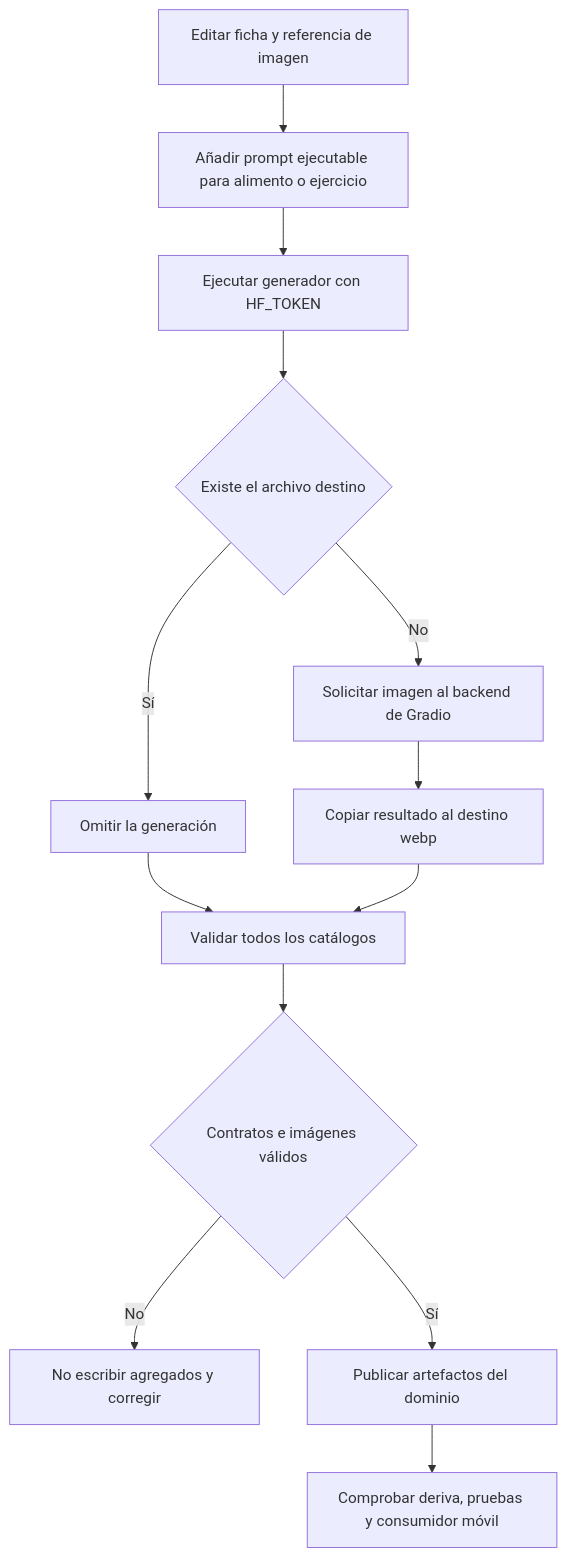
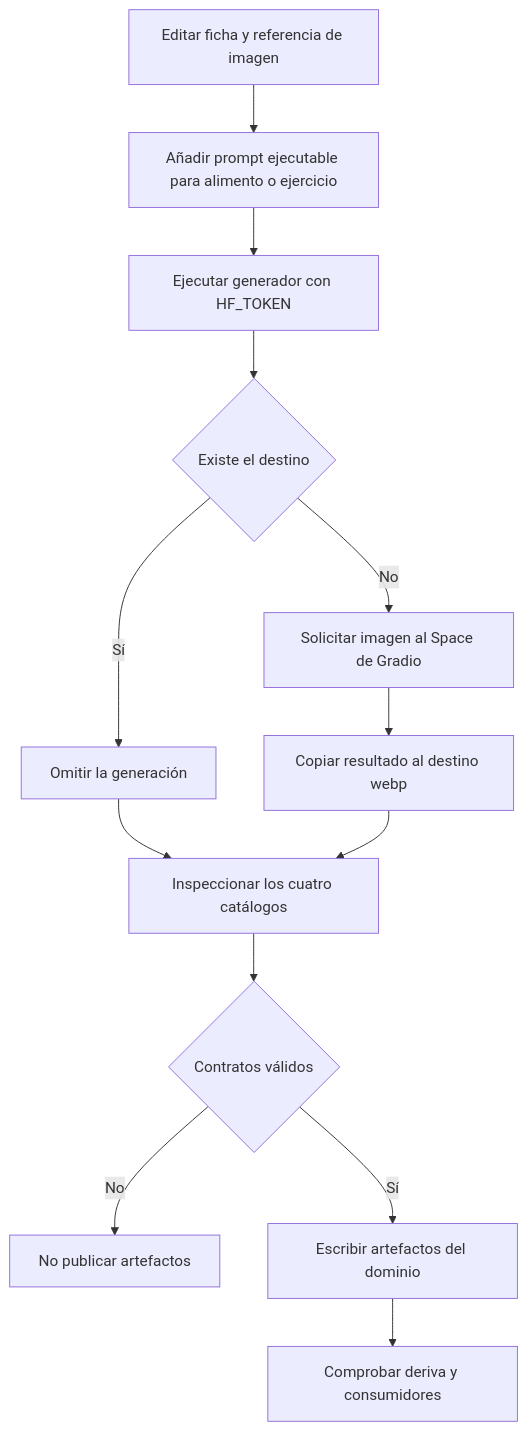
One commit to maximofn/gymnasia changed the diagram in openwiki/content/image-generation.md. Above: the diagram before and after it, drawn with Mermaid. The commit also changed other lines of this file and 41 other files, not shown here.

````diff
--- a/openwiki/content/image-generation.md
+++ b/openwiki/content/image-generation.md
@@ -49,15 +50,15 @@
 ```mermaid
 flowchart TD
     A["Editar ficha y referencia de imagen"] --> B["Añadir prompt ejecutable para alimento o ejercicio"]
     B --> C["Ejecutar generador con HF_TOKEN"]
-    C --> D{"Existe el archivo destino"}
+    C --> D{"Existe el destino"}
     D -->|"Sí"| E["Omitir la generación"]
-    D -->|"No"| F["Solicitar imagen al backend de Gradio"]
+    D -->|"No"| F["Solicitar imagen al Space de Gradio"]
     F --> G["Copiar resultado al destino webp"]
-    E --> H["Validar todos los catálogos"]
+    E --> H["Inspeccionar los cuatro catálogos"]
     G --> H
-    H --> I{"Contratos e imágenes válidos"}
-    I -->|"No"| J["No escribir agregados y corregir"]
-    I -->|"Sí"| K["Publicar artefactos del dominio"]
-    K --> L["Comprobar deriva, pruebas y consumidor móvil"]
+    H --> I{"Contratos válidos"}
+    I -->|"No"| J["No publicar artefactos"]
+    I -->|"Sí"| K["Escribir artefactos del dominio"]
+    K --> L["Comprobar deriva y consumidores"]
 ```
````
